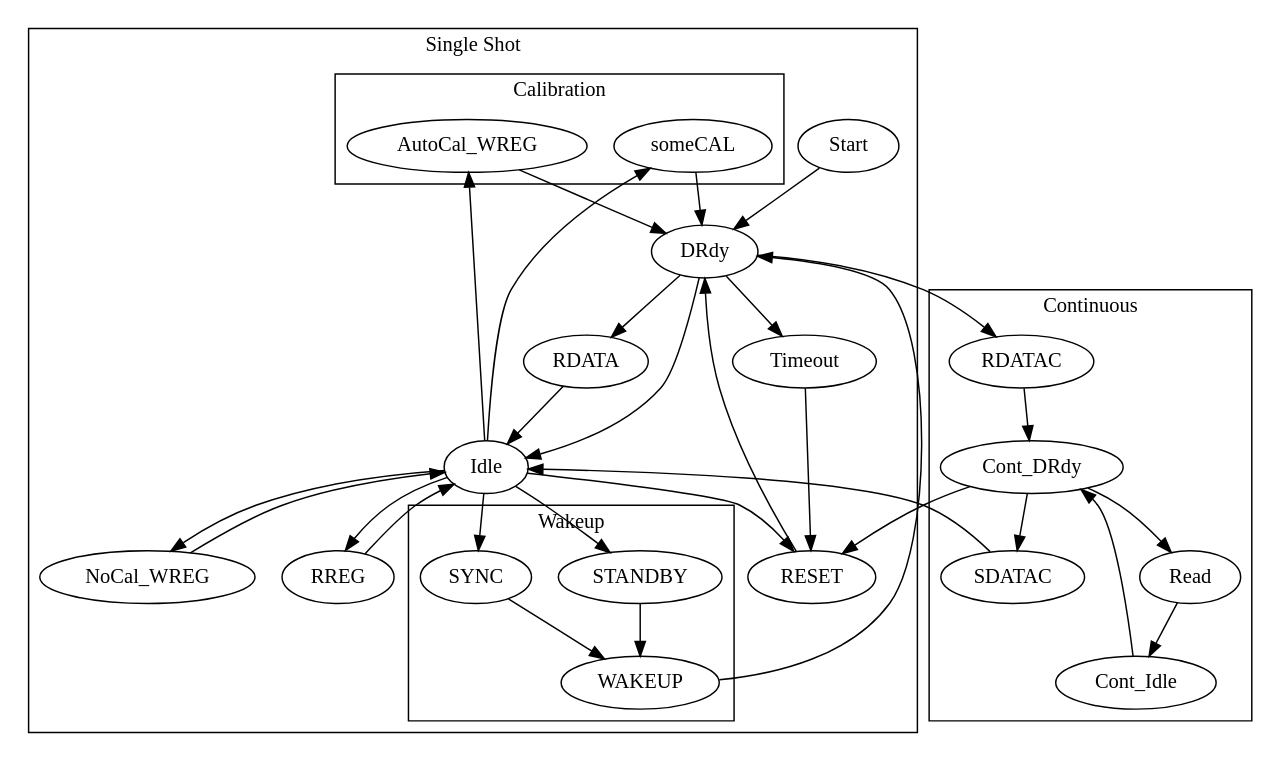
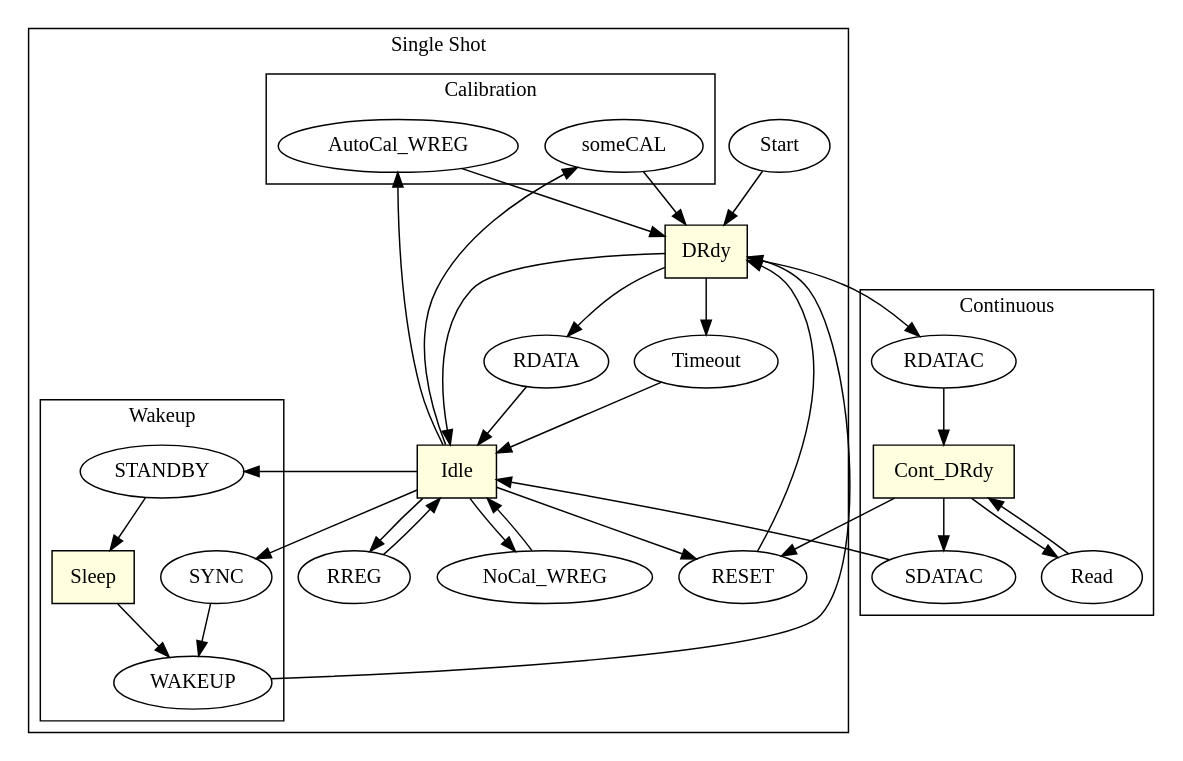
Before and after one commit to joba-1/Joba_Ads1256: the diagram in lib/ads1256/Ads1256.dot, drawn with Graphviz. The commit also changed 3 other files, not shown here.

```diff
--- a/lib/ads1256/Ads1256.dot
+++ b/lib/ads1256/Ads1256.dot
@@ -1,43 +1,45 @@
 digraph Ads1256_States {
 
     # graph [splines=false];
+
+    DRdy, Cont_DRdy, Idle, Sleep [shape=box, fillcolor=lightyellow, style=filled ]
 
     subgraph cluster_oneshot {
         label = "Single Shot"
 
         Start -> DRdy  -> Idle
         DRdy  -> RDATA -> Idle
         Idle  -> RREG  -> Idle
         Idle  -> NoCal_WREG  -> Idle
         Idle  -> RESET -> DRdy
         Idle -> STANDBY
         Idle -> SYNC
         WAKEUP -> DRdy
         Idle -> someCAL -> DRdy
         Idle -> AutoCal_WREG -> DRdy
-        DRdy -> Timeout -> RESET
+        DRdy -> Timeout -> Idle
 
         subgraph cluster_wakeup {
             label = "Wakeup"
 
-            STANDBY -> WAKEUP
+            STANDBY -> Sleep -> WAKEUP
             SYNC    -> WAKEUP
         }
 
         subgraph cluster_calibrate {
             label = "Calibration"
 
             someCAL
             AutoCal_WREG
         }
     }
 
     subgraph cluster_continuous {
         label = "Continuous"
 
         DRdy      -> RDATAC -> Cont_DRdy
-        Cont_DRdy -> Read   -> Cont_Idle -> Cont_DRdy
+        Cont_DRdy -> Read   -> Cont_DRdy
         Cont_DRdy -> SDATAC -> Idle
         Cont_DRdy -> RESET
     }
 }
```
